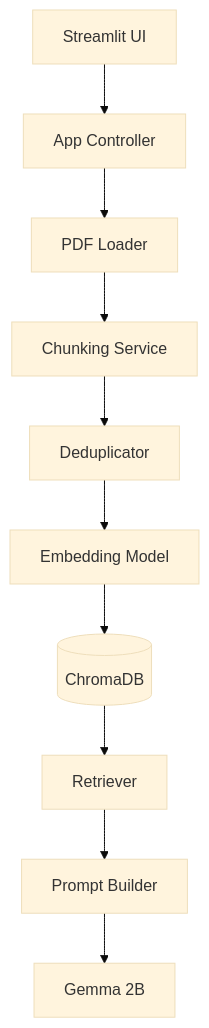
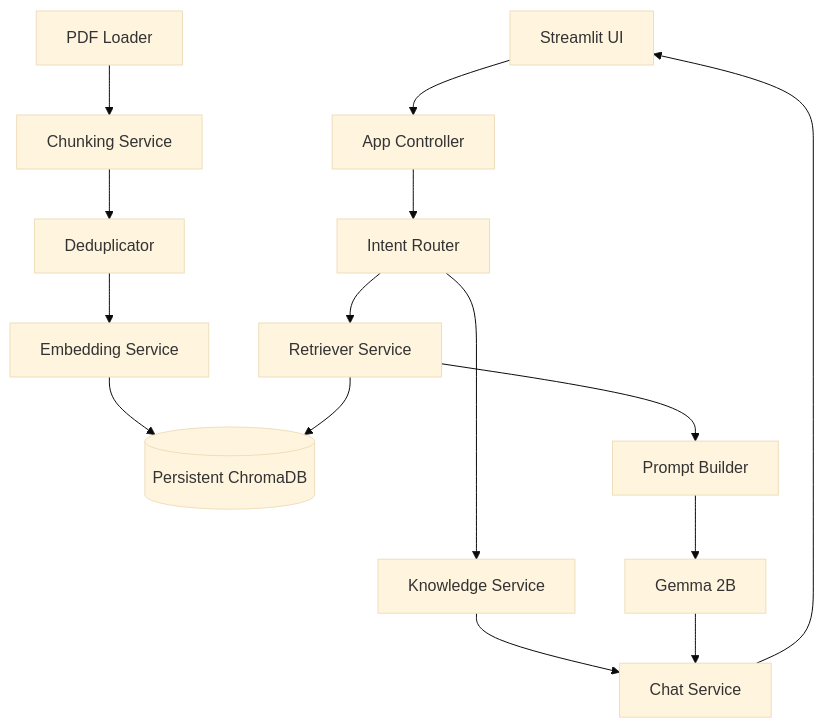
The third of 4 diagrams in README.md (Renuka-Kamani/placement_intelligence_rag), drawn with Mermaid (base theme) before and after one commit. The commit also changed other lines of this file, not shown here.

````diff
--- a/README.md
+++ b/README.md
@@ -172,33 +268,49 @@
-```mermaid
+```mermaid id="2g7yn6"
 graph TD
 
 A[Streamlit UI]
 
 B[App Controller]
 
-C[PDF Loader]
+C[Intent Router]
 
-D[Chunking Service]
+D[Knowledge Service]
 
-E[Deduplicator]
+E[PDF Loader]
 
-F[Embedding Model]
+F[Chunking Service]
 
-G[(ChromaDB)]
+G[Deduplicator]
 
-H[Retriever]
+H[Embedding Service]
 
-I[Prompt Builder]
+I[(Persistent ChromaDB)]
 
-J[Gemma 2B]
+J[Retriever Service]
+
+K[Prompt Builder]
+
+L[Gemma 2B]
+
+M[Chat Service]
 
 A --> B
 B --> C
+
 C --> D
-D --> E
+C --> J
+
 E --> F
 F --> G
 G --> H
 H --> I
-I --> J
+
+J --> I
+J --> K
+K --> L
+
+D --> M
+L --> M
+
+M --> A
 ```
````
